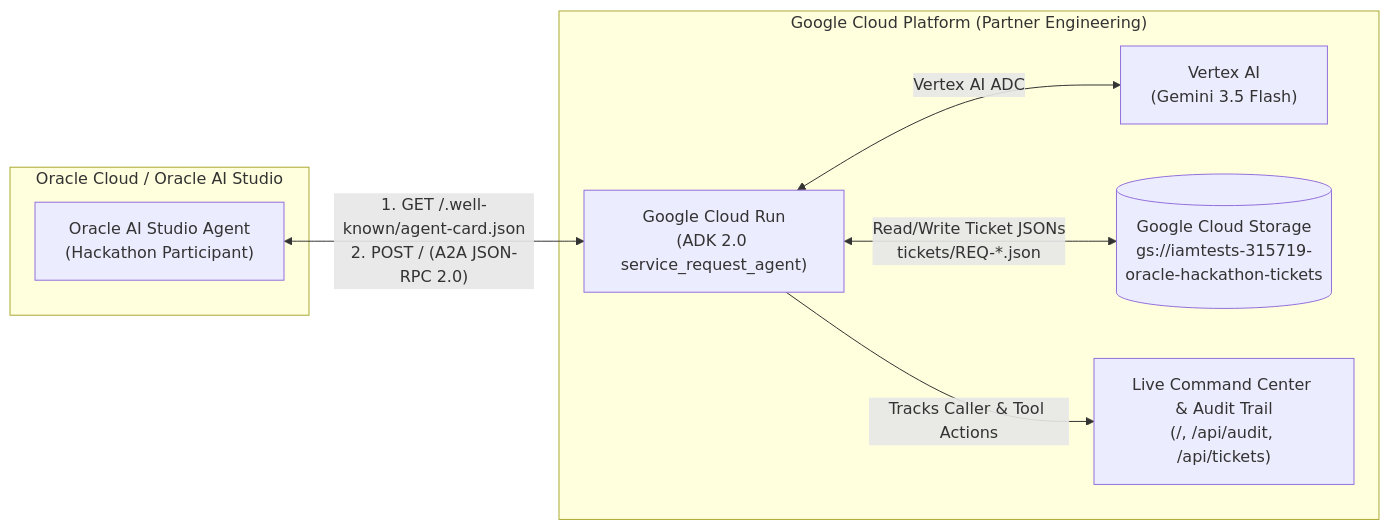
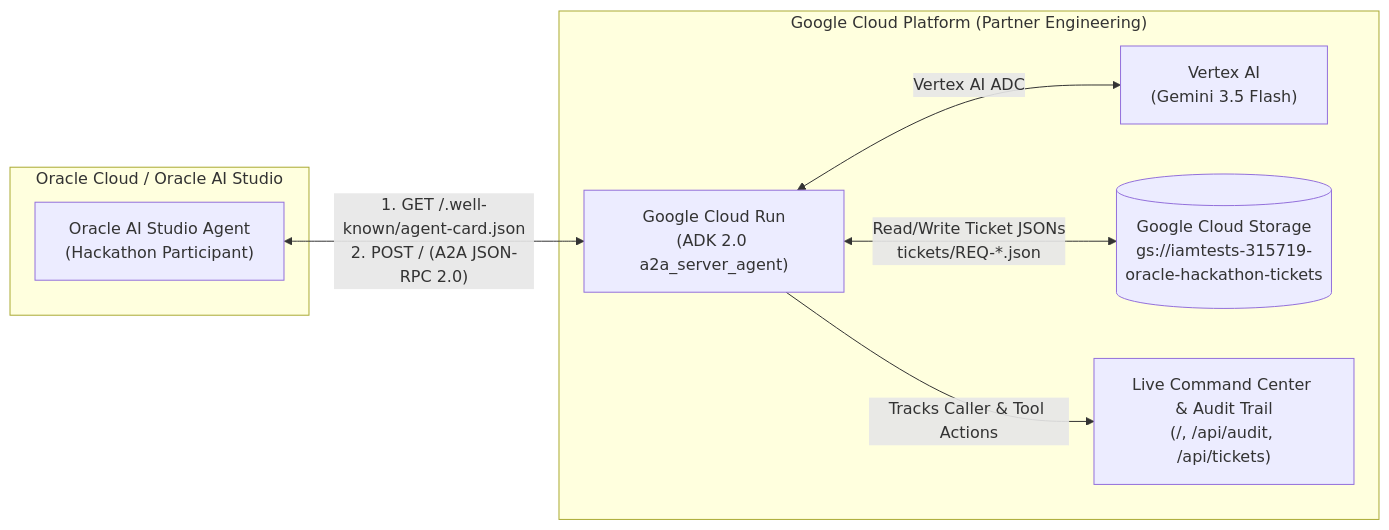
One commit to anwarbe/service-request-a2a-agent changed the diagram in ORACLE_HACKATHON_GUIDE.md. Above: the diagram before and after it, drawn with Mermaid. The commit also changed other lines of this file and 4 other files, not shown here.

Commit message:
Rename agent to a2a_server_agent across code, Agent Card, UI, and Hackathon Guide

````diff
--- a/ORACLE_HACKATHON_GUIDE.md
+++ b/ORACLE_HACKATHON_GUIDE.md
@@ -31,18 +31,18 @@
 ```mermaid
 flowchart LR
     subgraph Oracle["Oracle Cloud / Oracle AI Studio"]
         OAI["Oracle AI Studio Agent\n(Hackathon Participant)"]
     end
 
     subgraph GCP["Google Cloud Platform (Partner Engineering)"]
-        CR["Google Cloud Run\n(ADK 2.0 service_request_agent)"]
+        CR["Google Cloud Run\n(ADK 2.0 a2a_server_agent)"]
         VA["Vertex AI\n(Gemini 3.5 Flash)"]
         GCS[("Google Cloud Storage\ngs://iamtests-315719-oracle-hackathon-tickets")]
         AUD["Live Command Center & Audit Trail\n(/, /api/audit, /api/tickets)"]
     end
 
     OAI <-->|"1. GET /.well-known/agent-card.json\n2. POST / (A2A JSON-RPC 2.0)"| CR
     CR <-->|"Vertex AI ADC"| VA
     CR <-->|"Read/Write Ticket JSONs\ntickets/REQ-*.json"| GCS
     CR -->|"Tracks Caller & Tool Actions"| AUD
 ```
````
